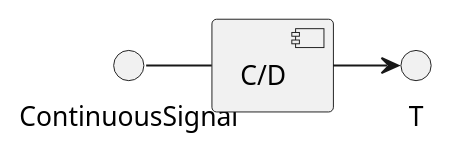
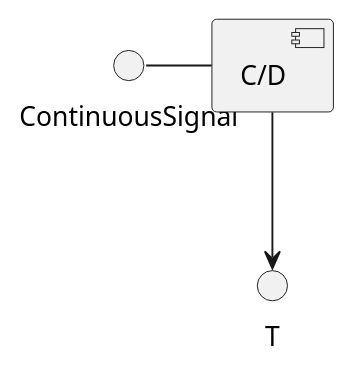
The diagram in Engineering/Signal-Processing/Digital signal processing.md (ashwinreddy/wiki), drawn with PlantUML before and after one commit.

Commit message:
Updated Digital signal processing.md (markdown)

```diff
--- a/Engineering/Signal-Processing/Digital signal processing.md
+++ b/Engineering/Signal-Processing/Digital signal processing.md
@@ -6,4 +6,4 @@
 @startuml
 ContinuousSignal - [C/D]
-[C/D] -> T
+[C/D] --> T
 @enduml
```
